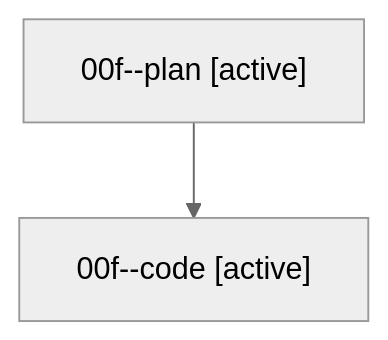
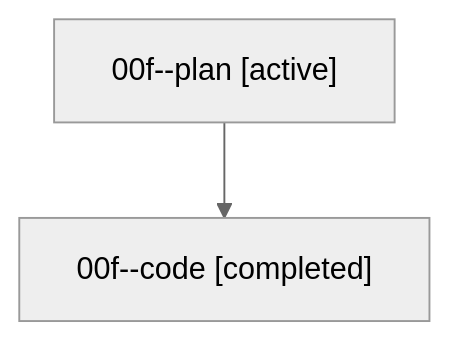
Before and after one commit to bobs-org/bob-cli--agents: the diagram in sessions/bbugyi200.athena.00f.md, drawn with Mermaid (neutral theme). The commit also changed other lines of this file and 11 other files, not shown here.

````diff
--- a/sessions/bbugyi200.athena.00f.md
+++ b/sessions/bbugyi200.athena.00f.md
@@ -9,6 +9,6 @@
 ```mermaid
 flowchart TD
   n0["00f--plan [active]"]
-  n1["00f--code [active]"]
+  n1["00f--code [completed]"]
   n0 --> n1
 ```
````
